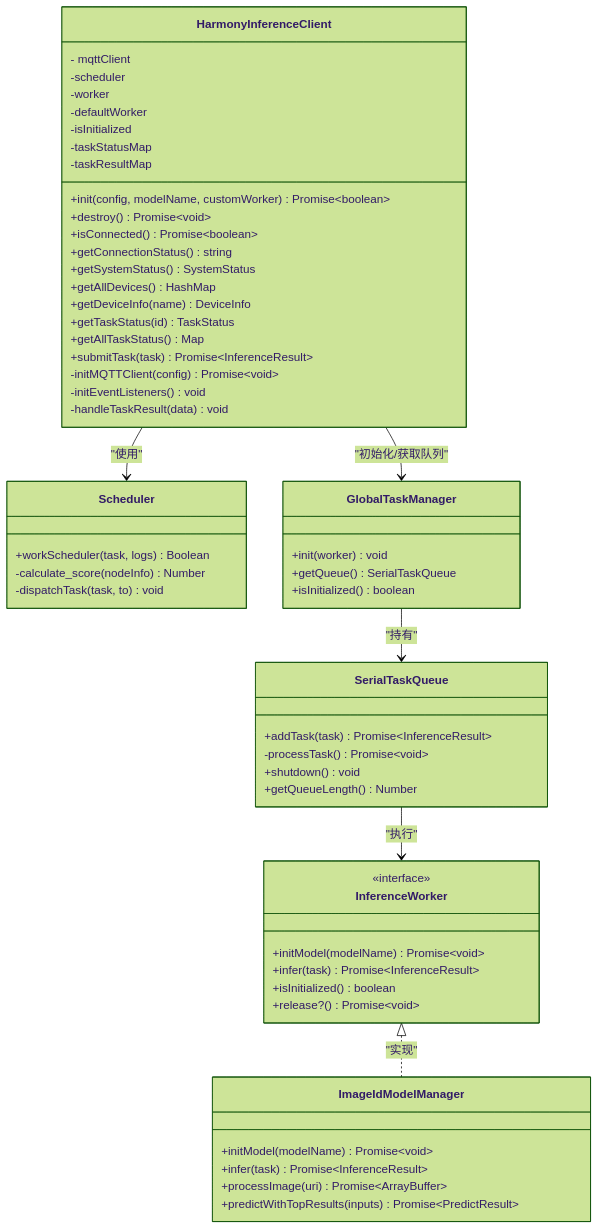
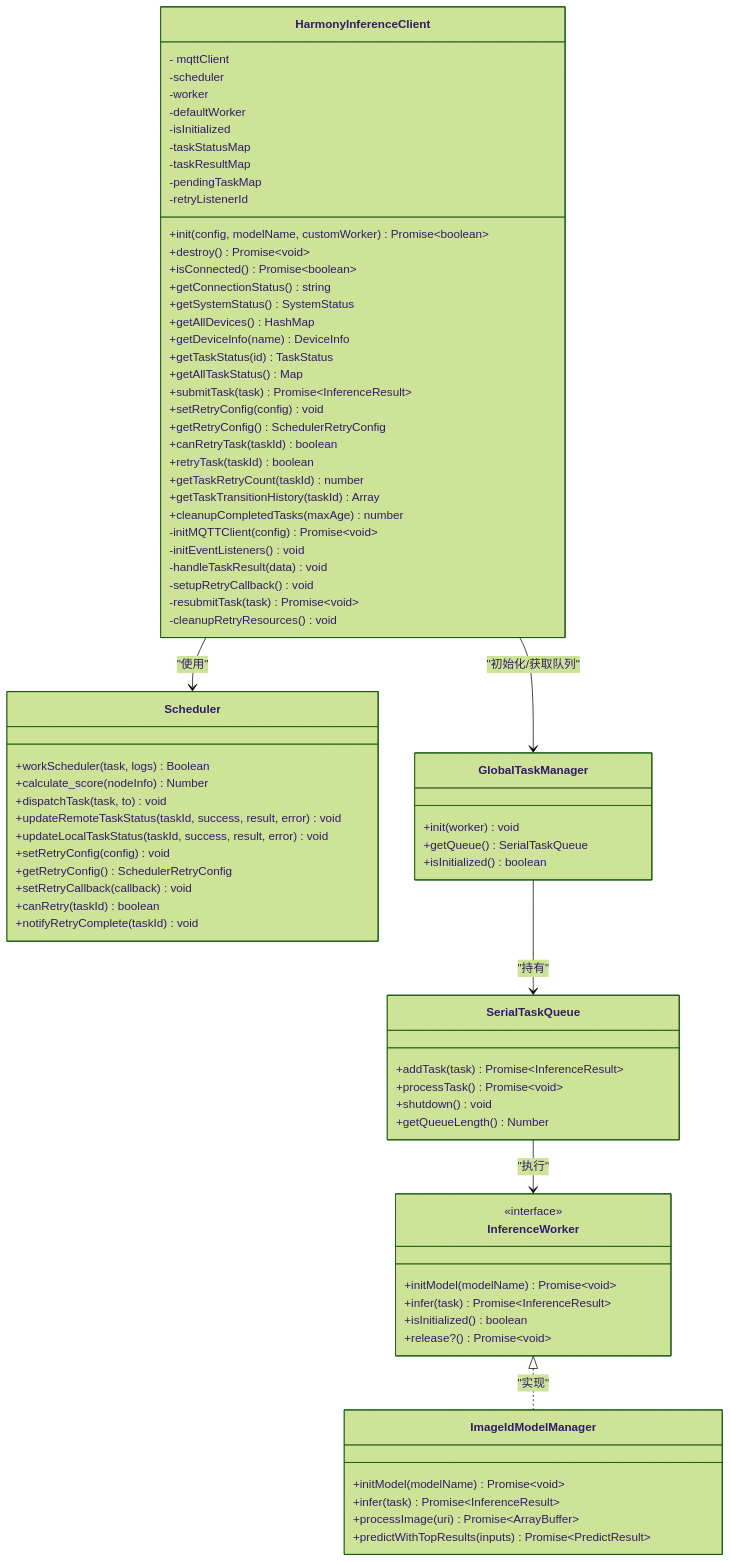
The fourth of 11 diagrams in .qoder/repowiki/zh/content/UI 界面系统/推理测试界面.md (huo65/OH-Co3), drawn with Mermaid (forest theme) before and after one commit. The commit also changed other lines of this file and 12 other files, not shown here.

````diff
--- a/.qoder/repowiki/zh/content/UI 界面系统/推理测试界面.md
+++ b/.qoder/repowiki/zh/content/UI 界面系统/推理测试界面.md
@@ -215,59 +223,78 @@
 ```mermaid
 classDiagram
 class HarmonyInferenceClient {
 - mqttClient
 -scheduler
 -worker
 -defaultWorker
 -isInitialized
 -taskStatusMap
 -taskResultMap
+-pendingTaskMap
+-retryListenerId
 +init(config, modelName, customWorker) Promise~boolean~
 +destroy() Promise~void~
 +isConnected() Promise~boolean~
 +getConnectionStatus() string
 +getSystemStatus() SystemStatus
 +getAllDevices() HashMap
 +getDeviceInfo(name) DeviceInfo
 +getTaskStatus(id) TaskStatus
 +getAllTaskStatus() Map
 +submitTask(task) Promise~InferenceResult~
++setRetryConfig(config) void
++getRetryConfig() SchedulerRetryConfig
++canRetryTask(taskId) boolean
++retryTask(taskId) boolean
++getTaskRetryCount(taskId) number
++getTaskTransitionHistory(taskId) Array
++cleanupCompletedTasks(maxAge) number
 -initMQTTClient(config) Promise~void~
 -initEventListeners() void
 -handleTaskResult(data) void
+-setupRetryCallback() void
+-resubmitTask(task) Promise~void~
+-cleanupRetryResources() void
 }
 class Scheduler {
 +workScheduler(task, logs) Boolean
--calculate_score(nodeInfo) Number
--dispatchTask(task, to) void
++calculate_score(nodeInfo) Number
++dispatchTask(task, to) void
++updateRemoteTaskStatus(taskId, success, result, error) void
++updateLocalTaskStatus(taskId, success, result, error) void
++setRetryConfig(config) void
++getRetryConfig() SchedulerRetryConfig
++setRetryCallback(callback) void
++canRetry(taskId) boolean
++notifyRetryComplete(taskId) void
 }
 class GlobalTaskManager {
 +init(worker) void
 +getQueue() SerialTaskQueue
 +isInitialized() boolean
 }
 class SerialTaskQueue {
 +addTask(task) Promise~InferenceResult~
--processTask() Promise~void~
++processTask() Promise~void~
 +shutdown() void
 +getQueueLength() Number
 }
 class InferenceWorker {
 <<interface>>
 +initModel(modelName) Promise~void~
 +infer(task) Promise~InferenceResult~
 +isInitialized() boolean
 +release?() Promise~void~
 }
 class ImageIdModelManager {
 +initModel(modelName) Promise~void~
 +infer(task) Promise~InferenceResult~
 +processImage(uri) Promise~ArrayBuffer~
 +predictWithTopResults(inputs) Promise~PredictResult~
 }
 HarmonyInferenceClient --> Scheduler : "使用"
 HarmonyInferenceClient --> GlobalTaskManager : "初始化/获取队列"
 GlobalTaskManager --> SerialTaskQueue : "持有"
 SerialTaskQueue --> InferenceWorker : "执行"
 InferenceWorker <|.. ImageIdModelManager : "实现"
 ```
````
